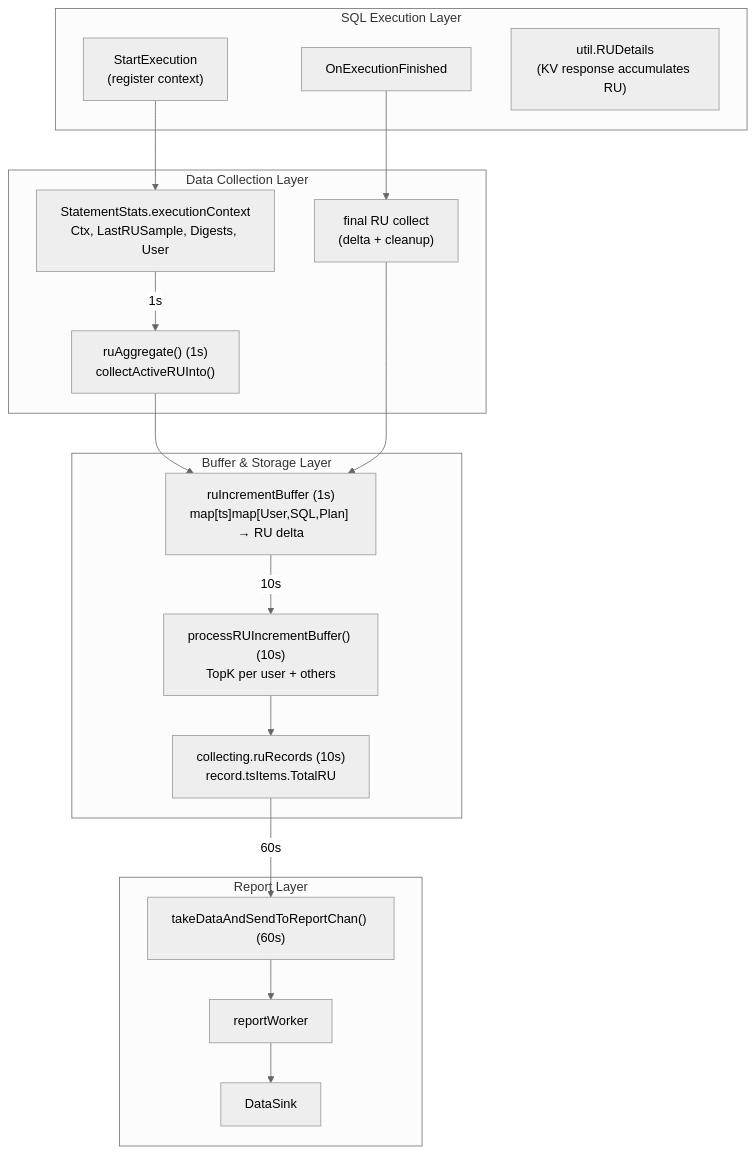
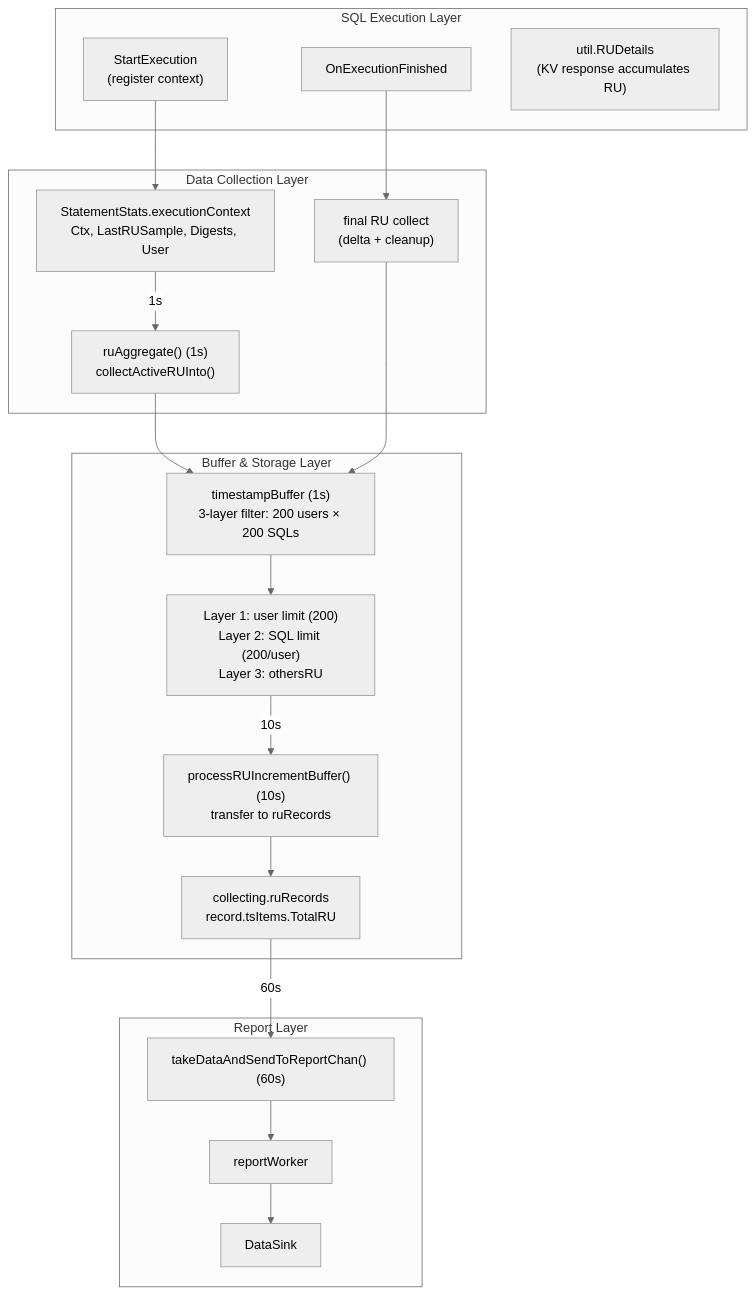
The second of 2 diagrams in docs/design/2025-01-XX-topru-design-refactored.md (zimulala/tidb), drawn with Mermaid before and after one commit. The commit also changed other lines of this file and 1 other file, not shown here.

````diff
--- a/docs/design/2025-01-XX-topru-design-refactored.md
+++ b/docs/design/2025-01-XX-topru-design-refactored.md
@@ -232,36 +237,38 @@
 ```mermaid
 ---
 config:
   theme: neutral
 ---
 flowchart TB
   subgraph SQL_Execution2["SQL Execution Layer"]
     begin["StartExecution<br/>(register context)"]
     finish["OnExecutionFinished"]
     rud["util.RUDetails<br/>(KV response accumulates RU)"]
   end
 
   subgraph Data_Collection2["Data Collection Layer"]
     execCtx["StatementStats.executionContext<br/>Ctx, LastRUSample, Digests, User"]
     sample["ruAggregate() (1s)<br/>collectActiveRUInto()"]
     finishCollect["final RU collect<br/>(delta + cleanup)"]
   end
 
   subgraph Buffer2["Buffer & Storage Layer"]
-    buf["ruIncrementBuffer (1s)<br/>map[ts]map[User,SQL,Plan] → RU delta"]
-    process10["processRUIncrementBuffer() (10s)<br/>TopK per user + others"]
-    ruRecords["collecting.ruRecords (10s)<br/>record.tsItems.TotalRU"]
+    buf["timestampBuffer (1s)<br/>3-layer filter: 200 users × 200 SQLs"]
+    filter["Layer 1: user limit (200)<br/>Layer 2: SQL limit (200/user)<br/>Layer 3: othersRU"]
+    process10["processRUIncrementBuffer() (10s)<br/>transfer to ruRecords"]
+    ruRecords["collecting.ruRecords<br/>record.tsItems.TotalRU"]
   end
 
   subgraph Report2["Report Layer"]
     send2["takeDataAndSendToReportChan() (60s)"]
     worker2["reportWorker"]
     sink2["DataSink"]
   end
 
   begin --> execCtx
   execCtx -- "1s" --> sample --> buf
   finish --> finishCollect --> buf
-  buf -- "10s" --> process10 --> ruRecords
+  buf --> filter
+  filter -- "10s" --> process10 --> ruRecords
   ruRecords -- "60s" --> send2 --> worker2 --> sink2
 ```
````
